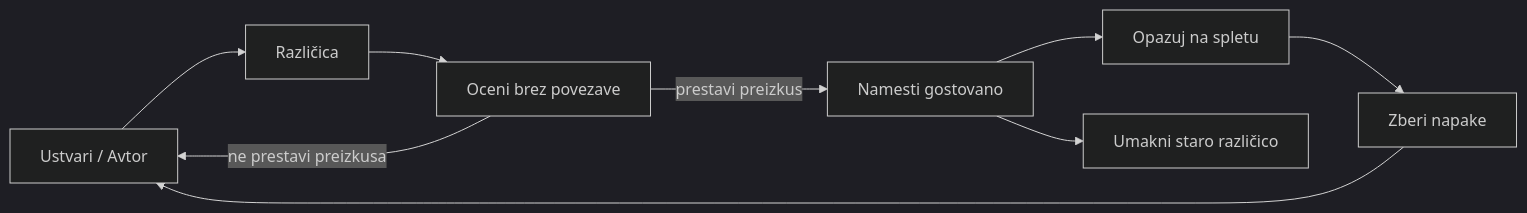
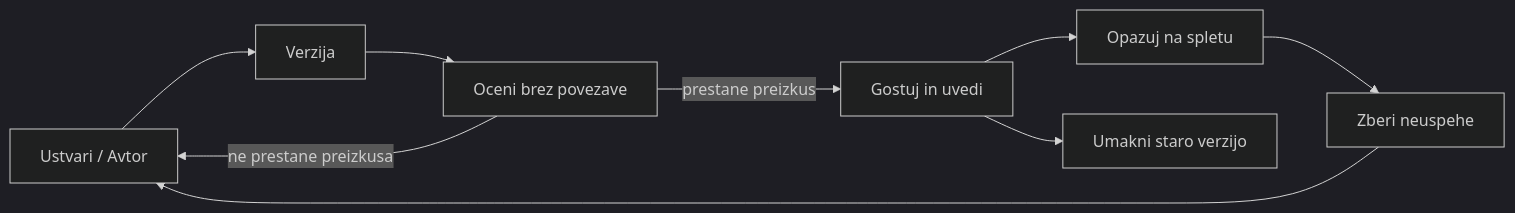
Before and after one commit to gabrielmoreira/agent-skills-mirror: the second of 4 diagrams in mirrors/repos/microsoft@ai-agents-for-beginners/translations/sl/16-deploying-scalable-agents/README.md, drawn with Mermaid (dark theme). The commit also changed other lines of this file and 3581 other files, not shown here.

````diff
--- a/mirrors/repos/microsoft@ai-agents-for-beginners/translations/sl/16-deploying-scalable-agents/README.md
+++ b/mirrors/repos/microsoft@ai-agents-for-beginners/translations/sl/16-deploying-scalable-agents/README.md
@@ -108,11 +108,11 @@
 ```mermaid
 flowchart LR
-    Create[Ustvari / Avtor] --> Version[Različica]
+    Create[Ustvari / Avtor] --> Version[Verzija]
     Version --> Evaluate[Oceni brez povezave]
-    Evaluate -->|prestavi preizkus| Deploy[Namesti gostovano]
-    Evaluate -->|ne prestavi preizkusa| Create
+    Evaluate -->|prestane preizkus| Deploy[Gostuj in uvedi]
+    Evaluate -->|ne prestane preizkusa| Create
     Deploy --> Observe[Opazuj na spletu]
-    Observe --> Improve[Zberi napake]
+    Observe --> Improve[Zberi neuspehe]
     Improve --> Create
-    Deploy --> Retire[Umakni staro različico]
+    Deploy --> Retire[Umakni staro verzijo]
 ```
````
